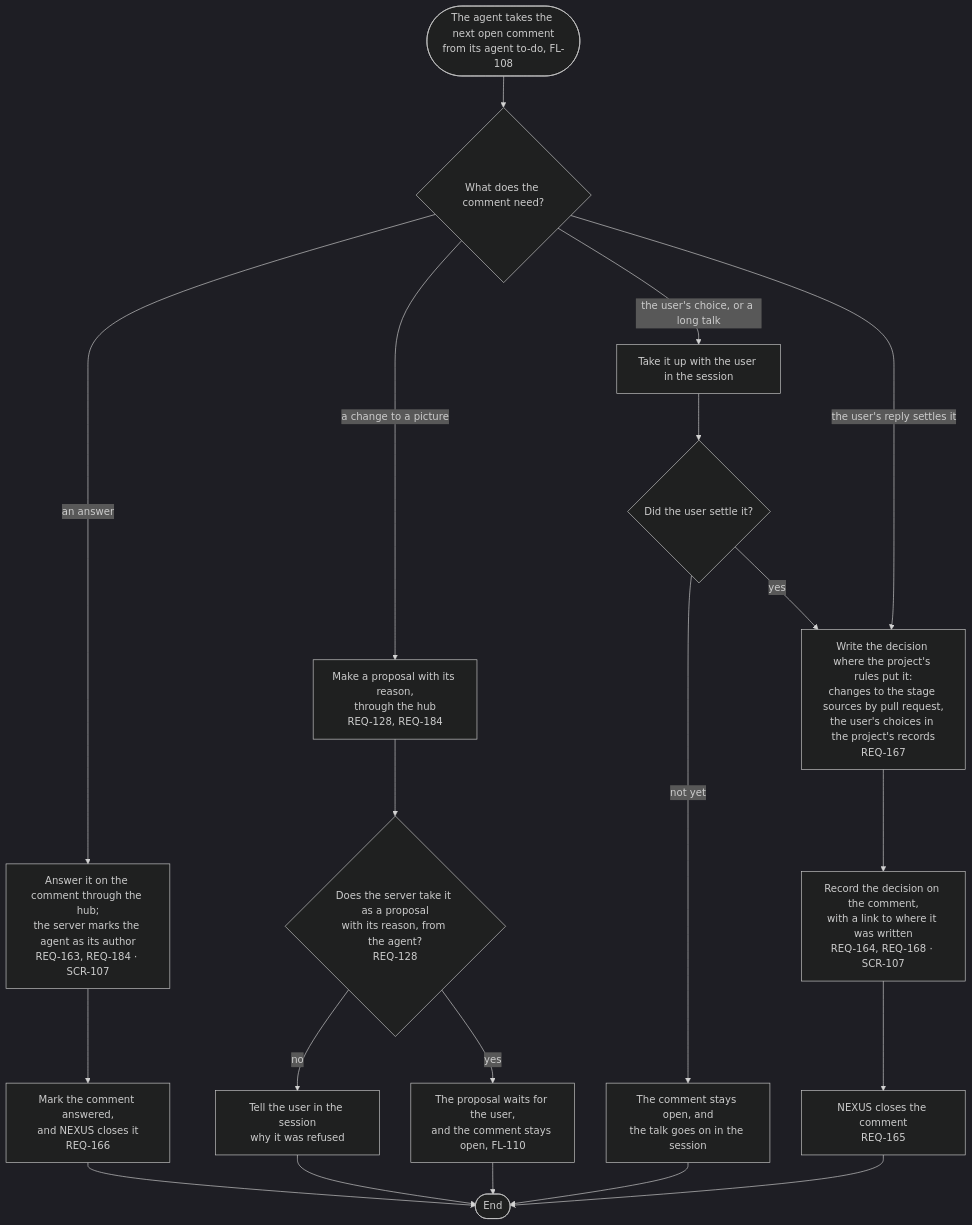
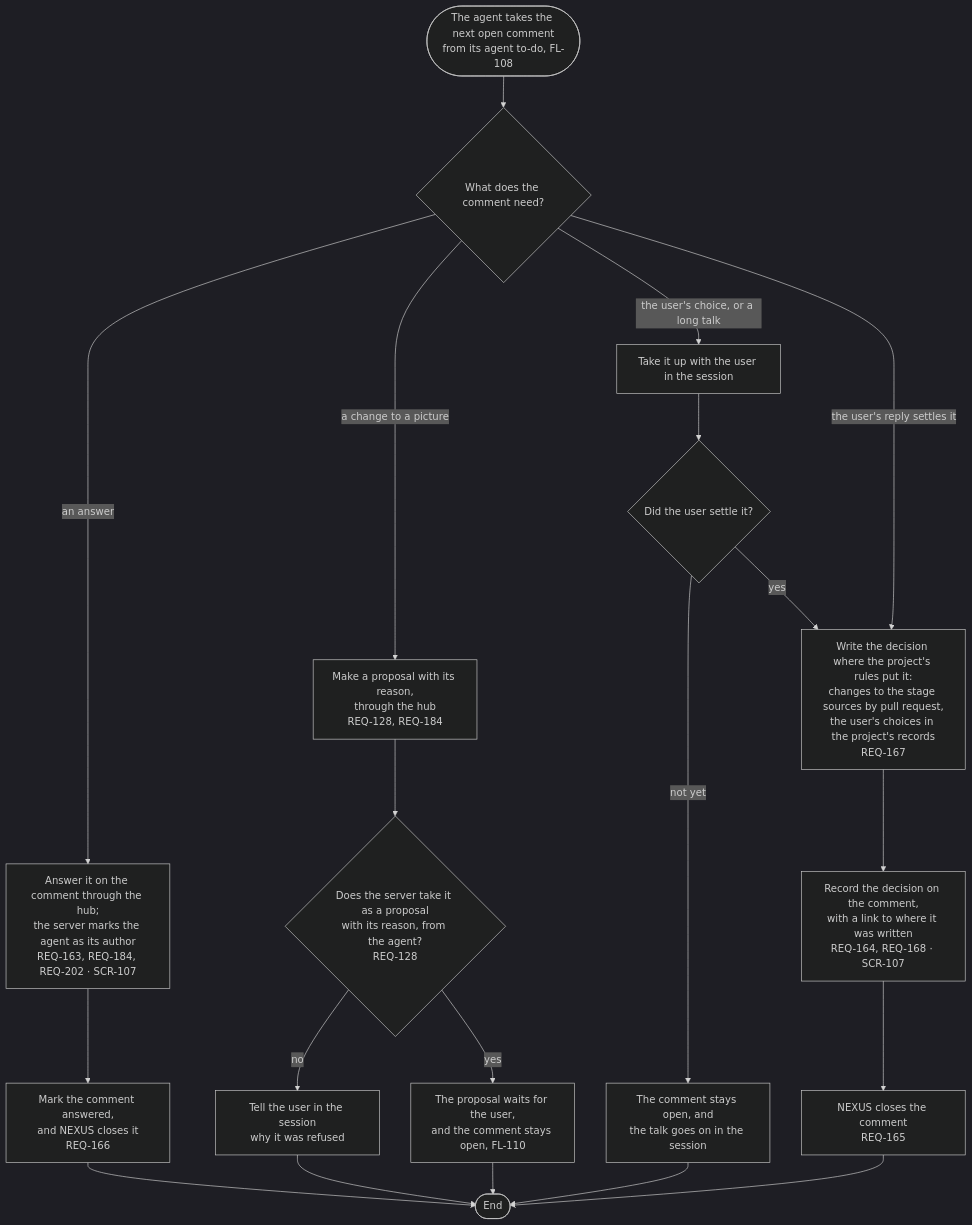
One commit to kodonghui/corthex-nexus changed the diagram in docs/03-user-flow/nexus/FL-109-answer-a-comment.md. Above: the diagram before and after it, drawn with Mermaid (dark theme). The commit also changed other lines of this file and 33 other files, not shown here.

````diff
--- a/docs/03-user-flow/nexus/FL-109-answer-a-comment.md
+++ b/docs/03-user-flow/nexus/FL-109-answer-a-comment.md
@@ -9,22 +9,22 @@
 ```mermaid
 flowchart TD
   A(["The agent takes the next open comment<br/>from its agent to-do, FL-108"]) --> B{"What does the comment need?"}
-  B -->|an answer| C["Answer it on the comment through the hub;<br/>the server marks the agent as its author<br/>REQ-163, REQ-184 · SCR-107"]
+  B -->|an answer| C["Answer it on the comment through the hub;<br/>the server marks the agent as its author<br/>REQ-163, REQ-184, REQ-202 · SCR-107"]
   C --> C1["Mark the comment answered,<br/>and NEXUS closes it<br/>REQ-166"]
   C1 --> Z(["End"])
   B -->|a change to a picture| D["Make a proposal with its reason,<br/>through the hub<br/>REQ-128, REQ-184"]
   D --> D1{"Does the server take it as a proposal<br/>with its reason, from the agent?<br/>REQ-128"}
   D1 -->|no| D2["Tell the user in the session<br/>why it was refused"]
   D2 --> Z
   D1 -->|yes| D3["The proposal waits for the user,<br/>and the comment stays open, FL-110"]
   D3 --> Z
   B -->|the user's choice, or a long talk| E["Take it up with the user in the session"]
   E --> F{"Did the user settle it?"}
   F -->|not yet| F1["The comment stays open, and<br/>the talk goes on in the session"]
   F1 --> Z
   B -->|the user's reply settles it| G
   F -->|yes| G["Write the decision where the project's rules put it:<br/>changes to the stage sources by pull request,<br/>the user's choices in the project's records<br/>REQ-167"]
   G --> H["Record the decision on the comment,<br/>with a link to where it was written<br/>REQ-164, REQ-168 · SCR-107"]
   H --> I["NEXUS closes the comment<br/>REQ-165"]
   I --> Z
 ```
````
